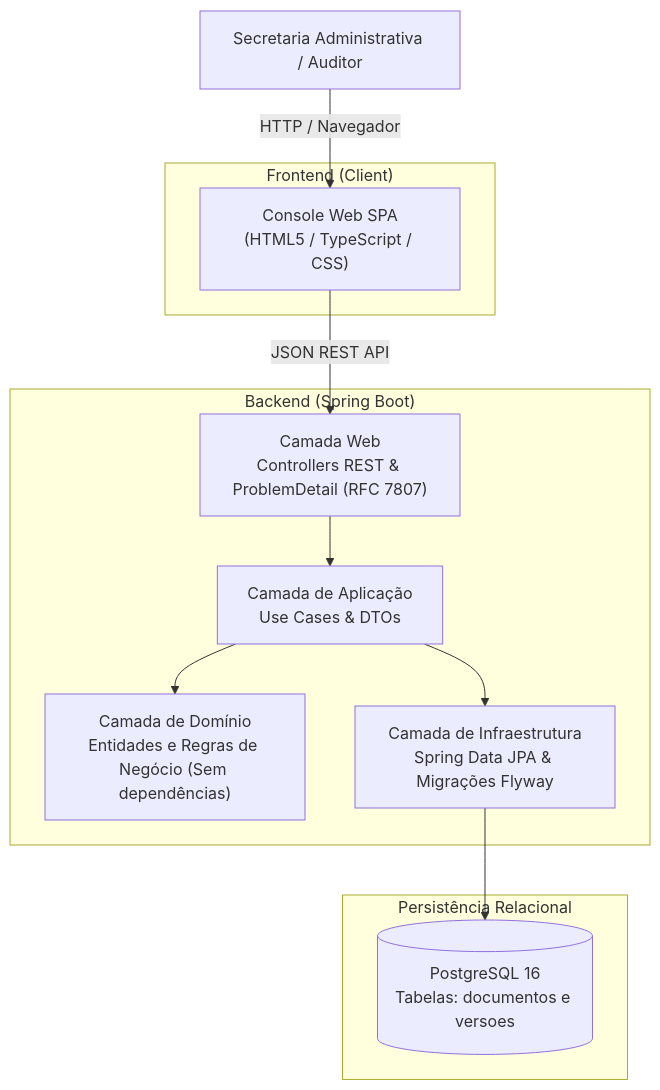
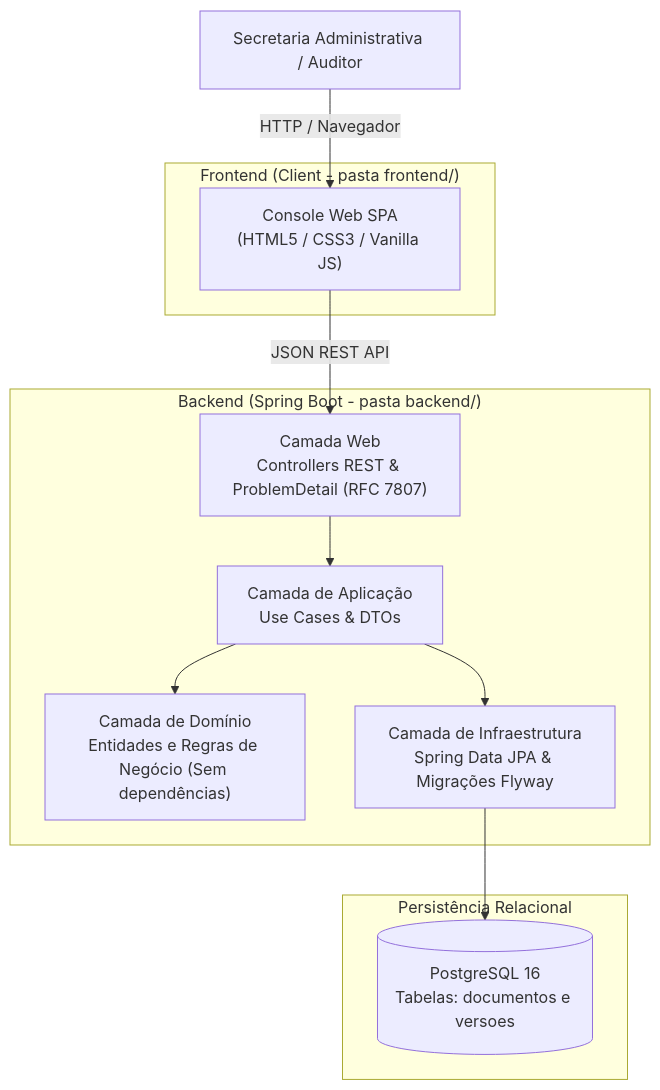
The diagram in README.md (gixweb/ONG-Arquivo-Digital), drawn with Mermaid before and after one commit. The commit also changed other lines of this file and 2 other files, not shown here.

````diff
--- a/README.md
+++ b/README.md
@@ -48,26 +49,26 @@
 ```mermaid
 flowchart TD
     User["Secretaria Administrativa / Auditor"]
     
-    subgraph FrontendApp ["Frontend (Client)"]
-        SPA["Console Web SPA\n(HTML5 / TypeScript / CSS)"]
+    subgraph FrontendApp ["Frontend (Client - pasta frontend/)"]
+        SPA["Console Web SPA\n(HTML5 / CSS3 / Vanilla JS)"]
     end
     
-    subgraph BackendApp ["Backend (Spring Boot)"]
+    subgraph BackendApp ["Backend (Spring Boot - pasta backend/)"]
         WebLayer["Camada Web\nControllers REST & ProblemDetail (RFC 7807)"]
         AppLayer["Camada de Aplicação\nUse Cases & DTOs"]
         DomainLayer["Camada de Domínio\nEntidades e Regras de Negócio (Sem dependências)"]
         InfraLayer["Camada de Infraestrutura\nSpring Data JPA & Migrações Flyway"]
     end
     
     subgraph Database ["Persistência Relacional"]
         Postgres[("PostgreSQL 16\nTabelas: documentos e versoes")]
     end
     
     User -->|HTTP / Navegador| SPA
     SPA -->|JSON REST API| WebLayer
     WebLayer --> AppLayer
     AppLayer --> DomainLayer
     AppLayer --> InfraLayer
     InfraLayer --> Postgres
 ```
````
